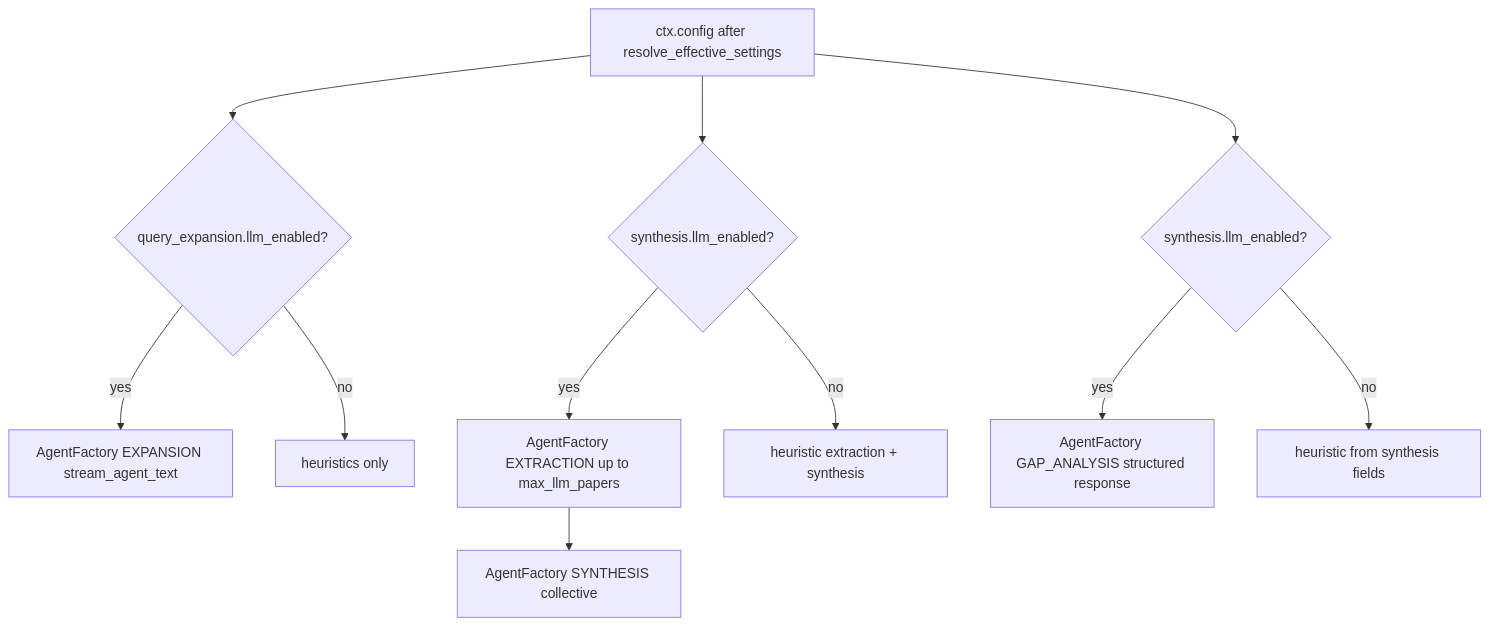
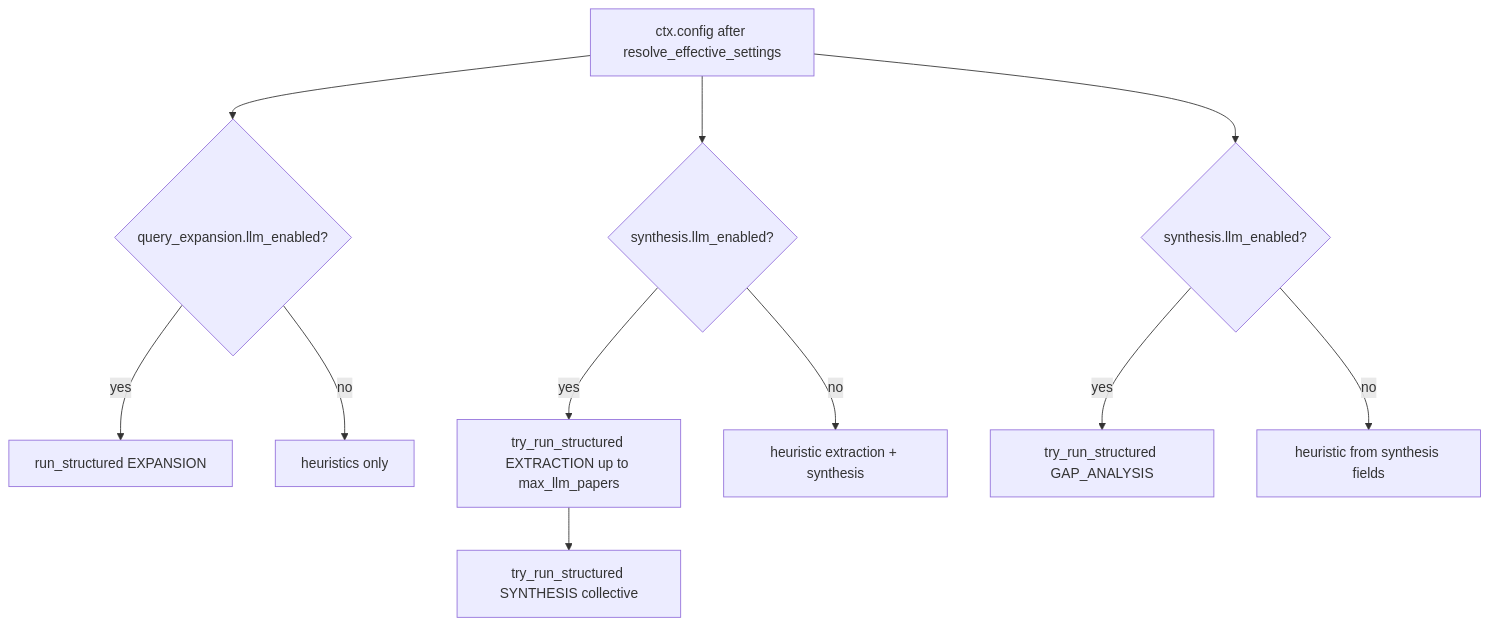
One commit to Ndevu12/Research_Assistant_Model changed the fourth of 4 diagrams in docs/_analysis/llm-resolution-tree.md. Above: the diagram before and after it, drawn with Mermaid. The commit also changed 33 other files, not shown here.

````diff
--- a/docs/_analysis/llm-resolution-tree.md
+++ b/docs/_analysis/llm-resolution-tree.md
@@ -174,17 +174,17 @@
 ```mermaid
 flowchart TD
   RESOLVED[ctx.config after resolve_effective_settings]
 
   RESOLVED --> QE{query_expansion.llm_enabled?}
-  QE -->|yes| QE_AGENT[AgentFactory EXPANSION stream_agent_text]
+  QE -->|yes| QE_AGENT[run_structured EXPANSION]
   QE -->|no| QE_SKIP[heuristics only]
 
   RESOLVED --> SY{synthesis.llm_enabled?}
-  SY -->|yes| SY_A[AgentFactory EXTRACTION up to max_llm_papers]
-  SY_A --> SY_B[AgentFactory SYNTHESIS collective]
+  SY -->|yes| SY_A[try_run_structured EXTRACTION up to max_llm_papers]
+  SY_A --> SY_B[try_run_structured SYNTHESIS collective]
   SY -->|no| SY_H[heuristic extraction + synthesis]
 
   RESOLVED --> GA{synthesis.llm_enabled?}
-  GA -->|yes| GA_AGENT[AgentFactory GAP_ANALYSIS structured response]
+  GA -->|yes| GA_AGENT[try_run_structured GAP_ANALYSIS]
   GA -->|no| GA_H[heuristic from synthesis fields]
 ```
````
